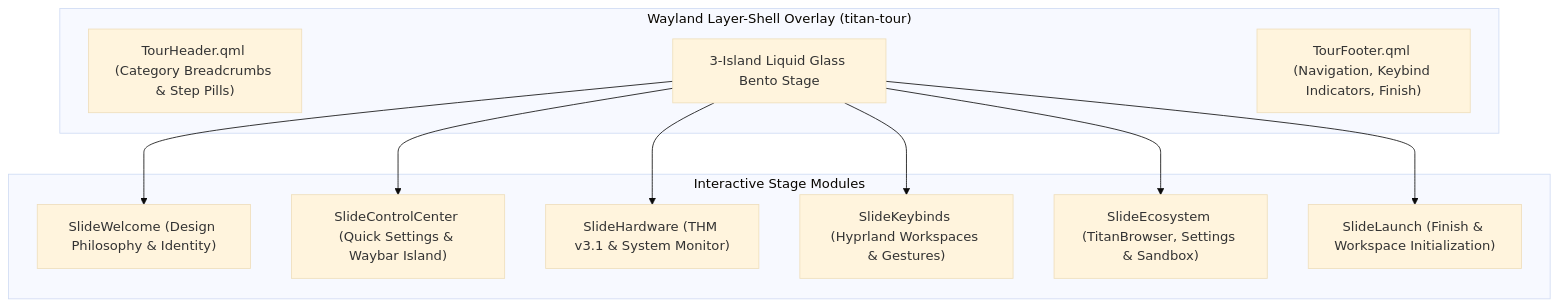
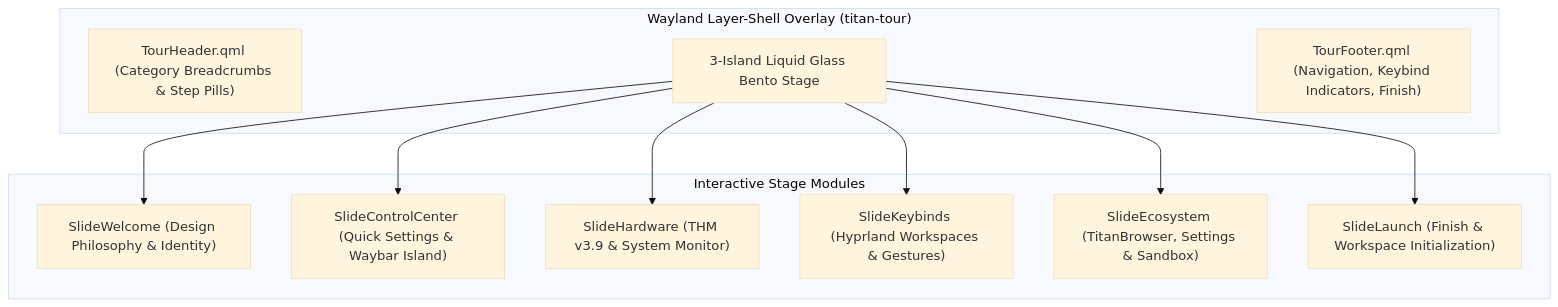
Before and after one commit to GitGuru29/ArchTitan-OS: the diagram in wiki/Titan-Tour.md, drawn with Mermaid (base theme). The commit also changed other lines of this file and 8 other files, not shown here.

````diff
--- a/wiki/Titan-Tour.md
+++ b/wiki/Titan-Tour.md
@@ -9,24 +9,24 @@
 ```mermaid
 graph TD
     subgraph LayerShell["Wayland Layer-Shell Overlay (titan-tour)"]
         HDR["TourHeader.qml (Category Breadcrumbs & Step Pills)"]
         STAGE["3-Island Liquid Glass Bento Stage"]
         FTR["TourFooter.qml (Navigation, Keybind Indicators, Finish)"]
     end
 
     subgraph Slides["Interactive Stage Modules"]
         S1["SlideWelcome (Design Philosophy & Identity)"]
         S2["SlideControlCenter (Quick Settings & Waybar Island)"]
-        S3["SlideHardware (THM v3.1 & System Monitor)"]
+        S3["SlideHardware (THM v3.9 & System Monitor)"]
         S4["SlideKeybinds (Hyprland Workspaces & Gestures)"]
         S5["SlideEcosystem (TitanBrowser, Settings & Sandbox)"]
         S6["SlideLaunch (Finish & Workspace Initialization)"]
     end
 
     STAGE --> S1
     STAGE --> S2
     STAGE --> S3
     STAGE --> S4
     STAGE --> S5
     STAGE --> S6
 ```
````
